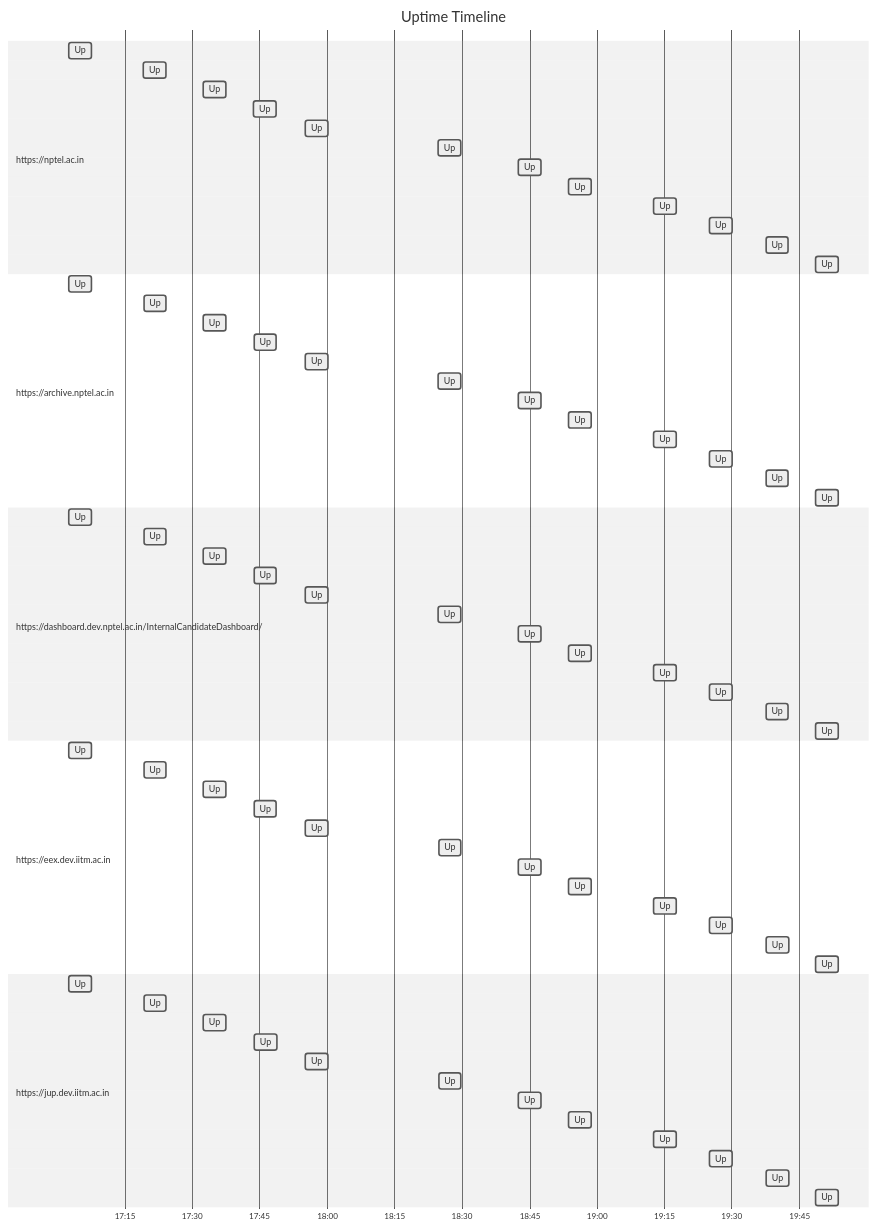
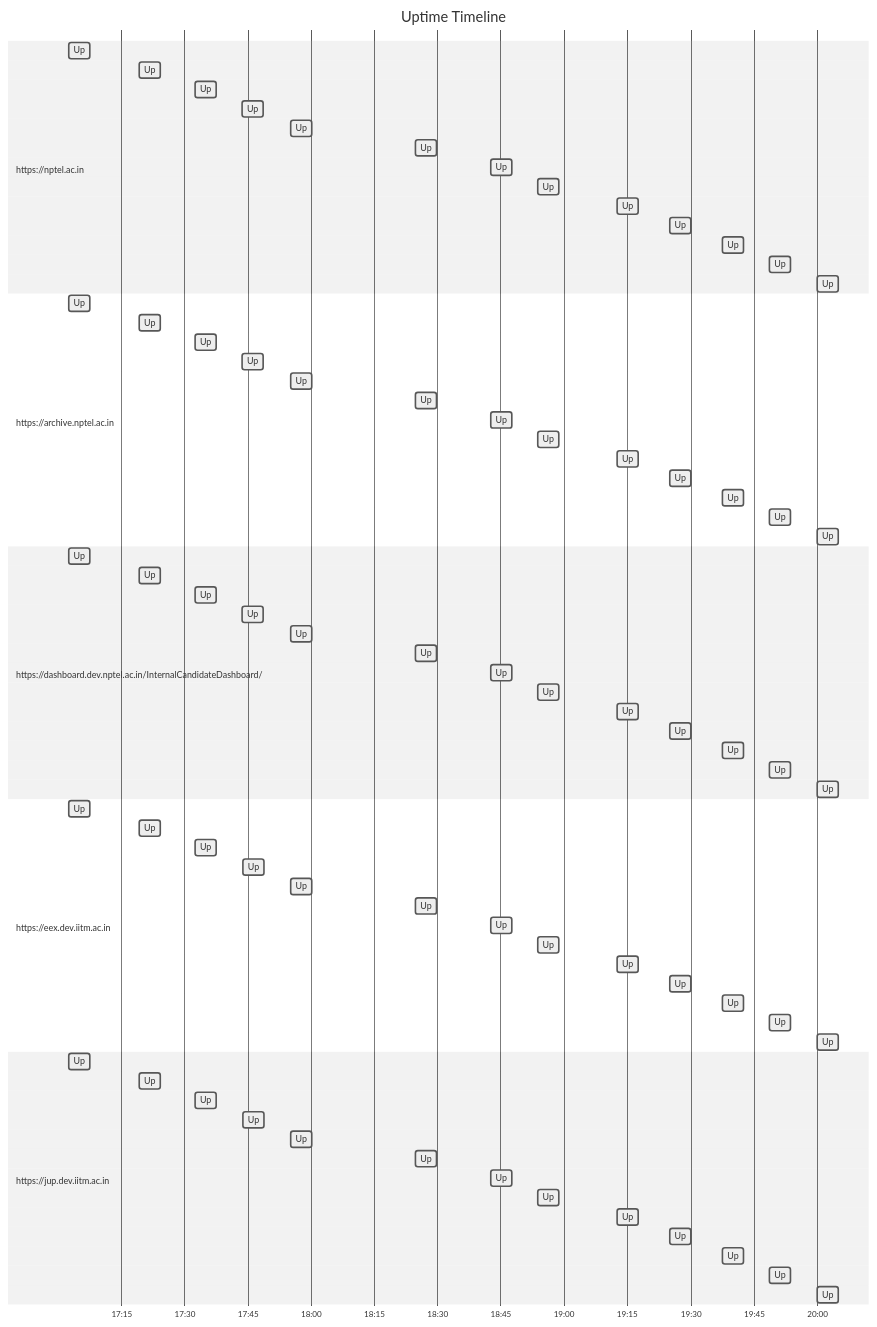
One commit to nchandra75/monitor changed the diagram in results.md. Above: the diagram before and after it, drawn with Mermaid (neutral theme). The commit also changed other lines of this file and 1 other file, not shown here.

````diff
--- a/results.md
+++ b/results.md
@@ -21,71 +21,76 @@
 ```mermaid
 gantt
     title Uptime Timeline
     dateFormat YYYY-MM-DD HH:mm:ss
     axisFormat %H:%M
     section https://nptel.ac.in
         Up: active, 2024-09-13 17:02:35, 5m
         Up: active, 2024-09-13 17:19:13, 5m
         Up: active, 2024-09-13 17:32:28, 5m
         Up: active, 2024-09-13 17:43:43, 5m
         Up: active, 2024-09-13 17:55:11, 5m
         Up: active, 2024-09-13 18:24:46, 5m
         Up: active, 2024-09-13 18:42:34, 5m
         Up: active, 2024-09-13 18:53:45, 5m
         Up: active, 2024-09-13 19:12:36, 5m
         Up: active, 2024-09-13 19:25:02, 5m
         Up: active, 2024-09-13 19:37:36, 5m
         Up: active, 2024-09-13 19:48:39, 5m
+        Up: active, 2024-09-13 19:59:59, 5m
     section https://archive.nptel.ac.in
         Up: active, 2024-09-13 17:02:37, 5m
         Up: active, 2024-09-13 17:19:15, 5m
         Up: active, 2024-09-13 17:32:29, 5m
         Up: active, 2024-09-13 17:43:45, 5m
         Up: active, 2024-09-13 17:55:13, 5m
         Up: active, 2024-09-13 18:24:47, 5m
         Up: active, 2024-09-13 18:42:35, 5m
         Up: active, 2024-09-13 18:53:46, 5m
         Up: active, 2024-09-13 19:12:37, 5m
         Up: active, 2024-09-13 19:25:03, 5m
         Up: active, 2024-09-13 19:37:38, 5m
         Up: active, 2024-09-13 19:48:40, 5m
+        Up: active, 2024-09-13 20:00:00, 5m
     section https://dashboard.dev.nptel.ac.in/InternalCandidateDashboard/
         Up: active, 2024-09-13 17:02:38, 5m
         Up: active, 2024-09-13 17:19:15, 5m
         Up: active, 2024-09-13 17:32:30, 5m
         Up: active, 2024-09-13 17:43:46, 5m
         Up: active, 2024-09-13 17:55:13, 5m
         Up: active, 2024-09-13 18:24:48, 5m
         Up: active, 2024-09-13 18:42:36, 5m
         Up: active, 2024-09-13 18:53:47, 5m
         Up: active, 2024-09-13 19:12:38, 5m
         Up: active, 2024-09-13 19:25:04, 5m
         Up: active, 2024-09-13 19:37:38, 5m
         Up: active, 2024-09-13 19:48:41, 5m
+        Up: active, 2024-09-13 20:00:01, 5m
     section https://eex.dev.iitm.ac.in
         Up: active, 2024-09-13 17:02:39, 5m
         Up: active, 2024-09-13 17:19:16, 5m
         Up: active, 2024-09-13 17:32:31, 5m
         Up: active, 2024-09-13 17:43:47, 5m
         Up: active, 2024-09-13 17:55:15, 5m
         Up: active, 2024-09-13 18:24:50, 5m
         Up: active, 2024-09-13 18:42:37, 5m
         Up: active, 2024-09-13 18:53:48, 5m
         Up: active, 2024-09-13 19:12:39, 5m
         Up: active, 2024-09-13 19:25:05, 5m
         Up: active, 2024-09-13 19:37:40, 5m
         Up: active, 2024-09-13 19:48:42, 5m
+        Up: active, 2024-09-13 20:00:02, 5m
     section https://jup.dev.iitm.ac.in
         Up: active, 2024-09-13 17:02:40, 5m
         Up: active, 2024-09-13 17:19:17, 5m
         Up: active, 2024-09-13 17:32:32, 5m
         Up: active, 2024-09-13 17:43:48, 5m
         Up: active, 2024-09-13 17:55:16, 5m
         Up: active, 2024-09-13 18:24:51, 5m
         Up: active, 2024-09-13 18:42:38, 5m
         Up: active, 2024-09-13 18:53:49, 5m
         Up: active, 2024-09-13 19:12:40, 5m
         Up: active, 2024-09-13 19:25:06, 5m
         Up: active, 2024-09-13 19:37:40, 5m
         Up: active, 2024-09-13 19:48:43, 5m
+        Up: active, 2024-09-13 20:00:03, 5m
 ```
````
